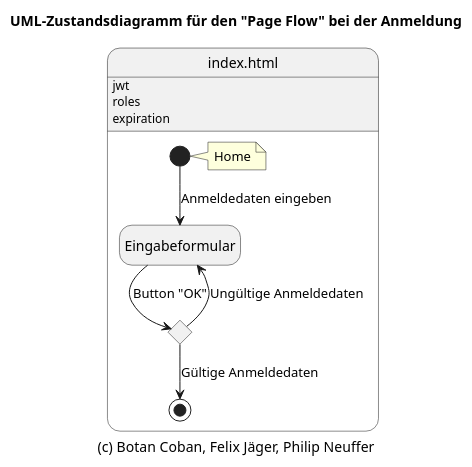
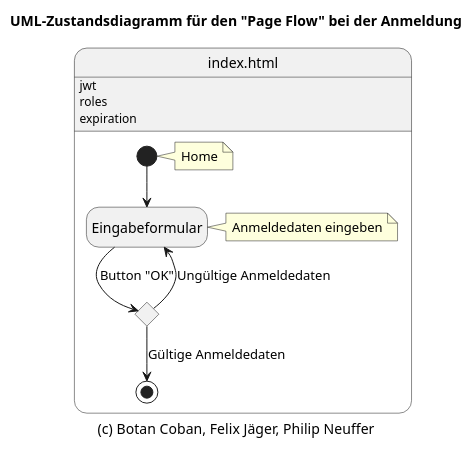
The diagram in extras/docs/anmeldung.puml (rirag12345/SWE-Abgabe-2-Gruppe-1), drawn with PlantUML before and after one commit. The commit also changed 2 other files, not shown here.

Commit message:
docs: added notes to state diagrams for user input prompts in the registration and search processes

```diff
--- a/extras/docs/anmeldung.puml
+++ b/extras/docs/anmeldung.puml
@@ -1,24 +1,26 @@
 @startuml anmeldung
 
 hide empty description
 
 title UML-Zustandsdiagramm für den "Page Flow" bei der Anmeldung
 caption (c) Botan Coban, Felix Jäger, Philip Neuffer
 
 state "index.html" as index {
 index : jwt
 index : roles
 index : expiration
 
-[*] --> Eingabeformular : Anmeldedaten eingeben
+[*] --> Eingabeformular
 note "Home" as note
 [*] -right-> note
+note "Anmeldedaten eingeben" as note2
+Eingabeformular -right-> note2
 
 state c <<choice>>
 Eingabeformular --> c : Button "OK"
 c -up-> Eingabeformular: Ungültige Anmeldedaten
 
 c --> [*]: Gültige Anmeldedaten
 }
 
 @enduml
```
